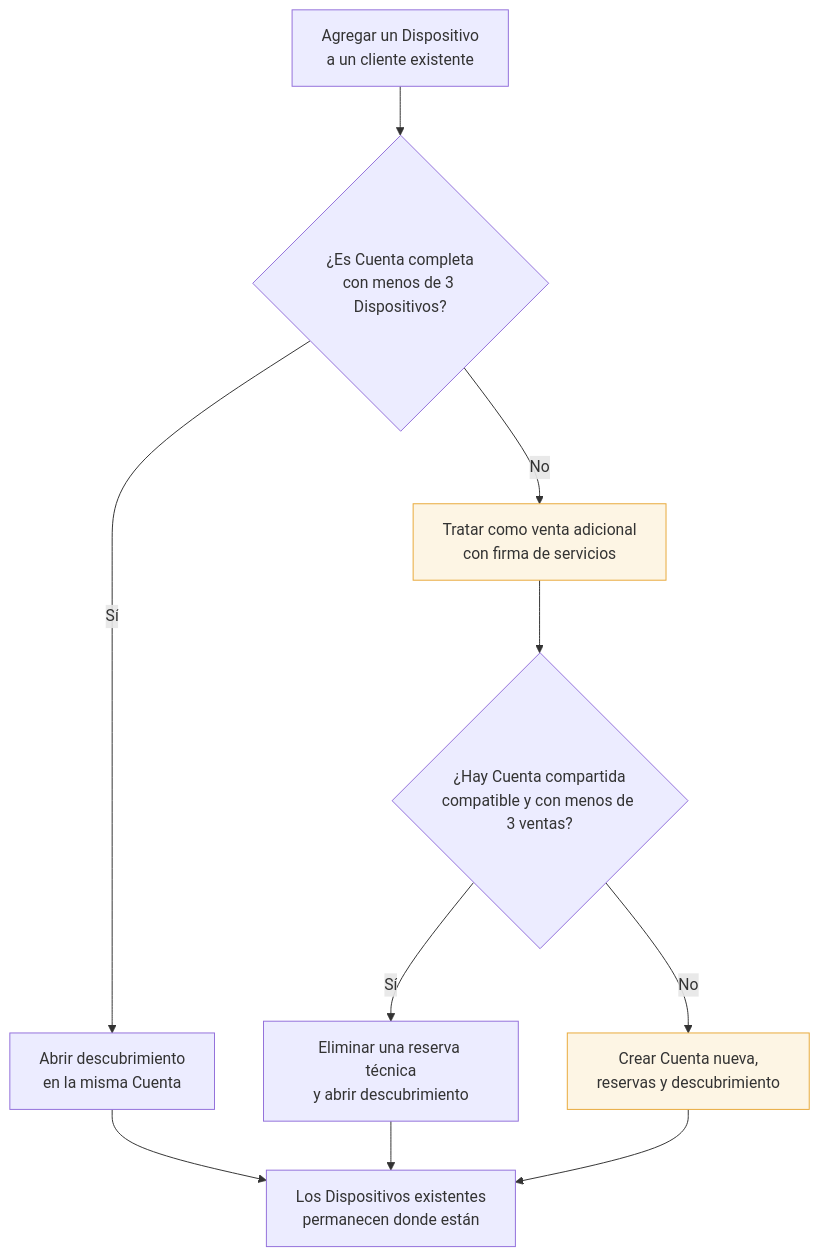
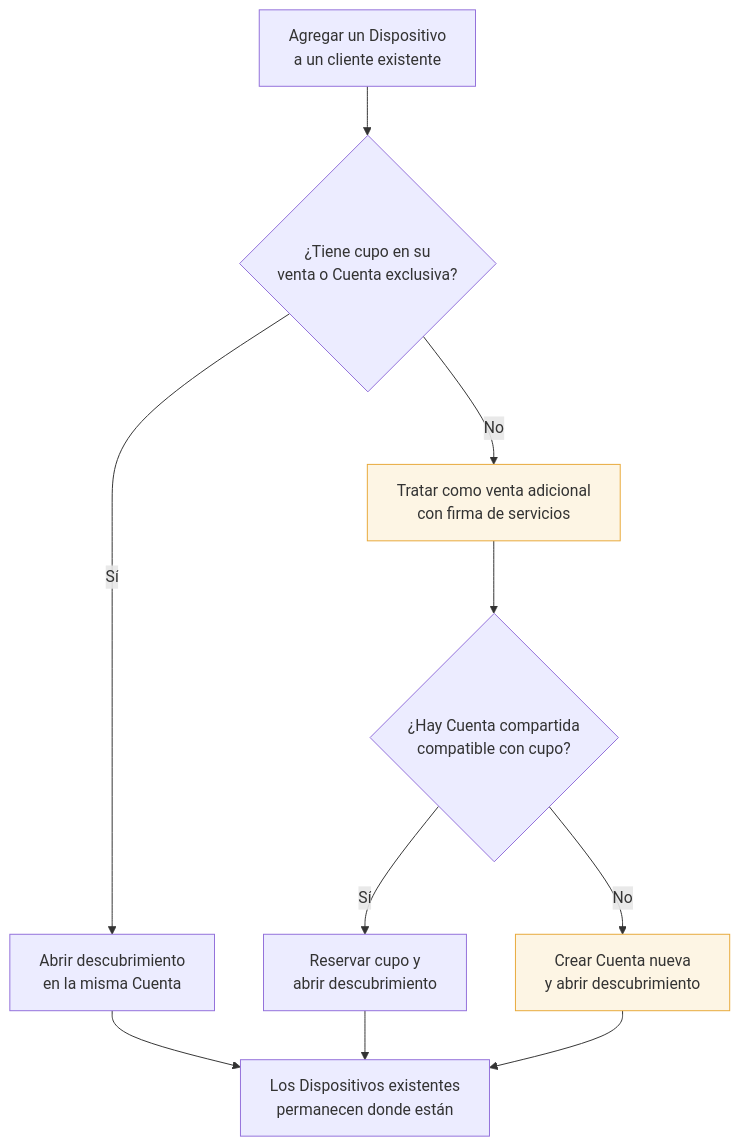
The diagram in vault/30 - Flujos/Flujo - Migración de Cuenta.md (Leonel-18/iptvcontrol), drawn with Mermaid before and after one commit. The commit also changed other lines of this file and 37 other files, not shown here.

````diff
--- a/vault/30 - Flujos/Flujo - Migración de Cuenta.md
+++ b/vault/30 - Flujos/Flujo - Migración de Cuenta.md
@@ -13,15 +13,15 @@
 ```mermaid
 flowchart TD
-    A["Agregar un Dispositivo<br/>a un cliente existente"] --> B{"¿Es Cuenta completa<br/>con menos de 3 Dispositivos?"}
+    A["Agregar un Dispositivo<br/>a un cliente existente"] --> B{"¿Tiene cupo en su<br/>venta o Cuenta exclusiva?"}
     B -->|"Sí"| C["Abrir descubrimiento<br/>en la misma Cuenta"]
     B -->|"No"| D["Tratar como venta adicional<br/>con firma de servicios"]
-    D --> E{"¿Hay Cuenta compartida<br/>compatible y con menos de 3 ventas?"}
-    E -->|"Sí"| F["Eliminar una reserva técnica<br/>y abrir descubrimiento"]
-    E -->|"No"| G["Crear Cuenta nueva,<br/>reservas y descubrimiento"]
+    D --> E{"¿Hay Cuenta compartida<br/>compatible con cupo?"}
+    E -->|"Sí"| F["Reservar cupo y<br/>abrir descubrimiento"]
+    E -->|"No"| G["Crear Cuenta nueva<br/>y abrir descubrimiento"]
     C --> H["Los Dispositivos existentes<br/>permanecen donde están"]
     F --> H
     G --> H
 
     classDef alerta fill:#FDF5E4,stroke:#E8A93A
     class D,G alerta
 ```
````
